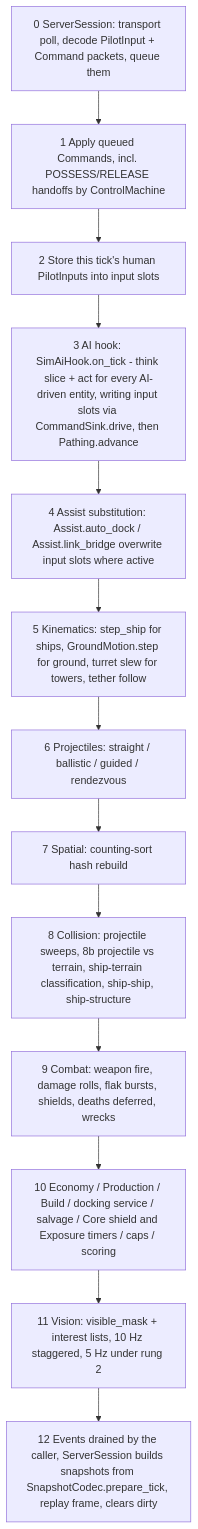
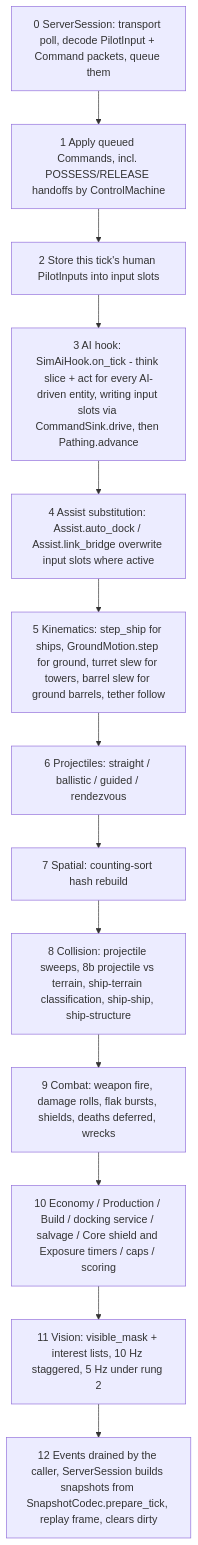
One commit to Ville-Mattila/planewar changed the first of 2 diagrams in docs/03-technical-architecture.md. Above: the diagram before and after it, drawn with Mermaid. The commit also changed other lines of this file and 5 other files, not shown here.

First line of the commit message:
GD-50: Architect ruling, barrel elevation contract (R0 B.31 A-151..A-155)

````diff
--- a/docs/03-technical-architecture.md
+++ b/docs/03-technical-architecture.md
@@ -527,15 +527,15 @@
 ```mermaid
 flowchart TD
   P[0 ServerSession: transport poll, decode PilotInput + Command packets, queue them] --> A
   A[1 Apply queued Commands, incl. POSSESS/RELEASE handoffs by ControlMachine] --> B[2 Store this tick's human PilotInputs into input slots]
   B --> C[3 AI hook: SimAiHook.on_tick - think slice + act for every AI-driven entity, writing input slots via CommandSink.drive, then Pathing.advance]
   C --> D[4 Assist substitution: Assist.auto_dock / Assist.link_bridge overwrite input slots where active]
-  D --> E[5 Kinematics: step_ship for ships, GroundMotion.step for ground, turret slew for towers, tether follow]
+  D --> E[5 Kinematics: step_ship for ships, GroundMotion.step for ground, turret slew for towers, barrel slew for ground barrels, tether follow]
   E --> F[6 Projectiles: straight / ballistic / guided / rendezvous]
   F --> G[7 Spatial: counting-sort hash rebuild]
   G --> H[8 Collision: projectile sweeps, 8b projectile vs terrain, ship-terrain classification, ship-ship, ship-structure]
   H --> I[9 Combat: weapon fire, damage rolls, flak bursts, shields, deaths deferred, wrecks]
   I --> J[10 Economy / Production / Build / docking service / salvage / Core shield and Exposure timers / caps / scoring]
   J --> K[11 Vision: visible_mask + interest lists, 10 Hz staggered, 5 Hz under rung 2]
   K --> L[12 Events drained by the caller, ServerSession builds snapshots from SnapshotCodec.prepare_tick, replay frame, clears dirty]
 ```
````
